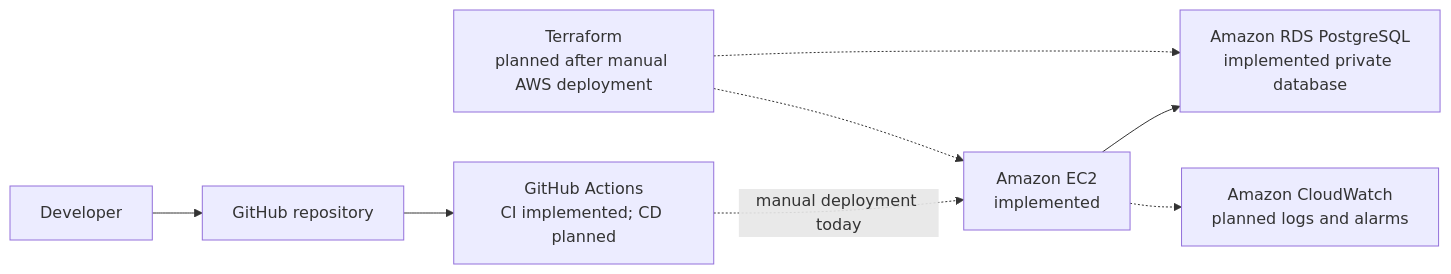
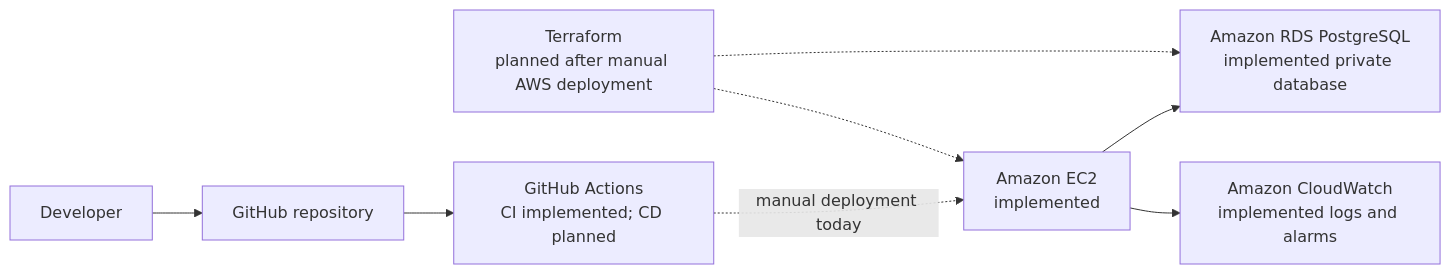
One commit to StevenLiu1201/cloudops-status-platform changed the second of 2 diagrams in README.md. Above: the diagram before and after it, drawn with Mermaid. The commit also changed other lines of this file and 1 other file, not shown here.

Commit message:
Document CloudWatch monitoring and alarm validation

````diff
--- a/README.md
+++ b/README.md
@@ -214,10 +231,10 @@
 ```mermaid
 flowchart LR
     Developer["Developer"] --> GitHub["GitHub repository"]
     GitHub --> Actions["GitHub Actions<br/>CI implemented; CD planned"]
     Actions -.->|"manual deployment today"| EC2["Amazon EC2<br/>implemented"]
     EC2 --> RDS["Amazon RDS PostgreSQL<br/>implemented private database"]
-    EC2 -.-> CloudWatch["Amazon CloudWatch<br/>planned logs and alarms"]
+    EC2 --> CloudWatch["Amazon CloudWatch<br/>implemented logs and alarms"]
     Terraform["Terraform<br/>planned after manual AWS deployment"] -.-> EC2
     Terraform -.-> RDS
 ```
````
